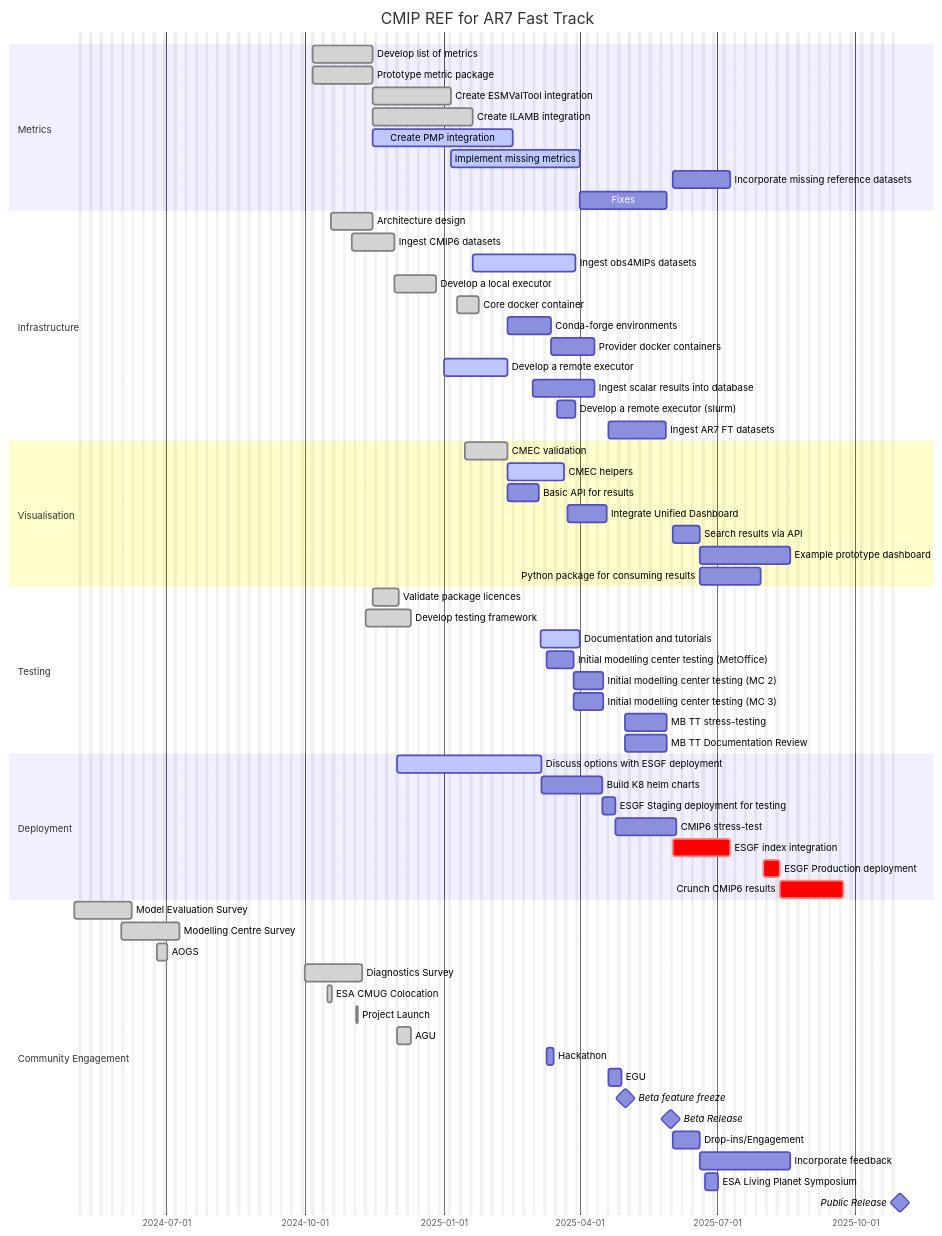
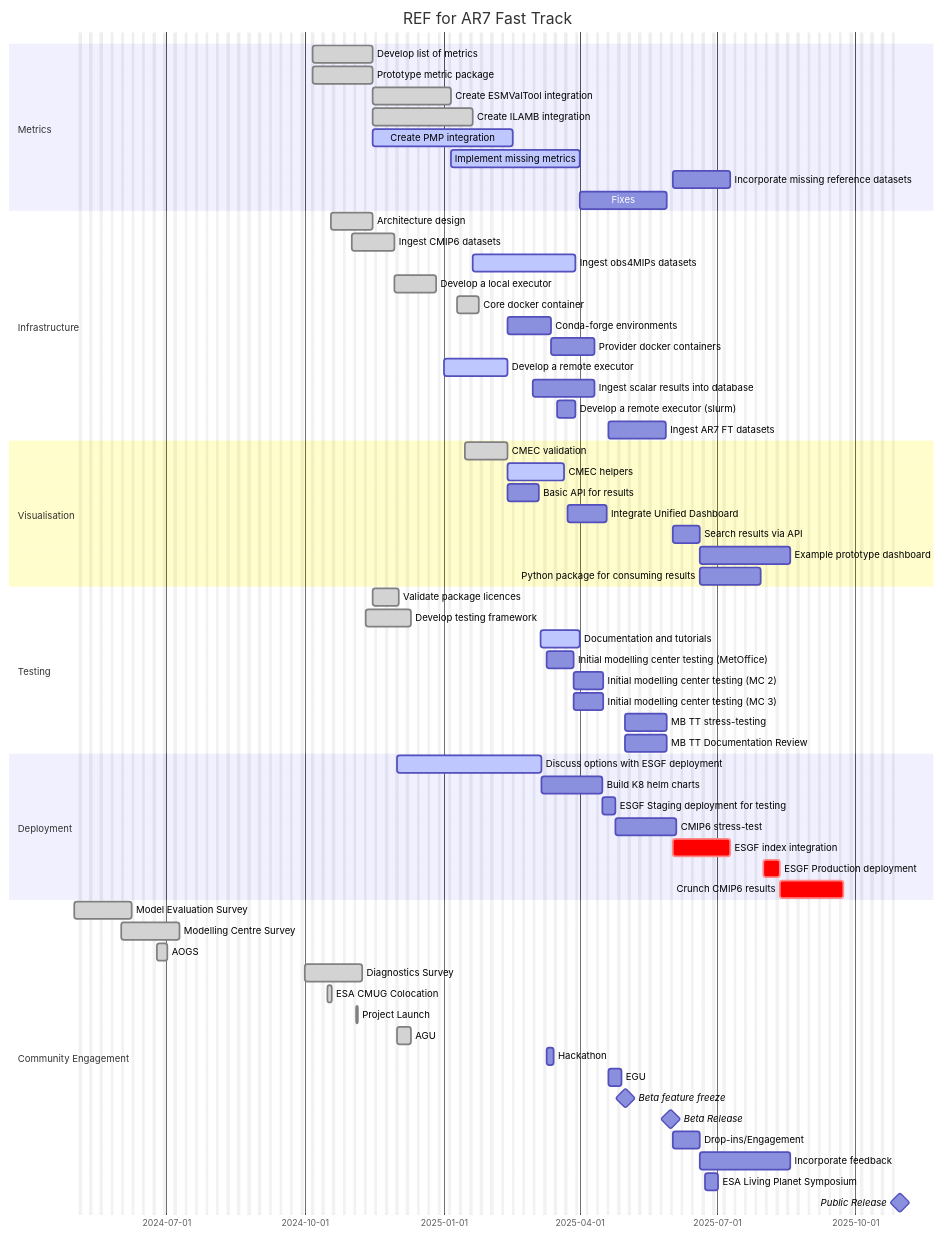
Before and after one commit to skoriche/Climate-REF4CMIP: the diagram in docs/roadmap.md, drawn with Mermaid. The commit also changed 3 other files, not shown here.

Commit message:
chore: Fix instances of CMIP ref

````diff
--- a/docs/roadmap.md
+++ b/docs/roadmap.md
@@ -23,82 +23,82 @@
 ```mermaid
 gantt
     dateFormat  YYYY-MM-DD
-    title       CMIP REF for AR7 Fast Track
+    title       REF for AR7 Fast Track
     excludes    weekends
 
     section Metrics
 
     Develop list of metrics                       :done, metrics, 2024-10-06, 30d
     Prototype metric package                      :done, metricsPrototype, 2024-10-06, 30d
 
     Create ESMValTool integration                 :done, esmvaltool, after metricsPrototype, 2025-01-06
     Create ILAMB integration                      :done, ilamb, after metricsPrototype, 2025-01-20
     Create PMP integration                        :active, pmp, after metricsPrototype, 2025-02-16
 
     Implement missing metrics                     :active, missing, after esmvaltool, 2025-04-01
     Incorporate missing reference datasets        :after beta, 4w
     Fixes                                         :after missing, 6w
 
     section Infrastructure
 
     Architecture design                           :done, 2024-10-18, 20d
 
     Ingest CMIP6 datasets                         :done, cmip6, 2024-11-01, 20d
     Ingest obs4MIPs datasets                      :active, 2025-01-20, 50d
     Develop a local executor                      :done, local, after cmip6, 20d
     Core docker container                         :done, dockerise, 2025-01-10, 10d
     Conda-forge environments                      :conda, after celery, 3w
     Provider docker containers                    :after conda, 3w
     Develop a remote executor                     :active, celery, 2025-01-01, 30d
     Ingest scalar results into database           :results, 2025-03-01, 30d
     Develop a remote executor (slurm)             :slurm, after hackathon, 10d
     Ingest AR7 FT datasets                        :2025-04-20, 4w
 
     section Visualisation
 
     CMEC validation                               :done, cmec, 2025-01-15, 20d
     CMEC helpers                                  :active, cmecHelpers, after cmec, 4w
     Basic API for results                         :after celery, 15d
     Integrate Unified Dashboard                   :ud, after cmecHelpers, 20d
     Search results via API                        :api-result, after beta, 2w
     Example prototype dashboard                   :dashboad, after api-result, 6w
     Python package for consuming results          :after api-result, 4w
 
 
     section Testing
     Validate package licences                     :done, 2024-11-15, 2024-12-02
     Develop testing framework                     :done, 2024-11-10, 2024-12-10
     Documentation and tutorials                   :active, 2025-03-06, 2025-04-01
     Initial modelling center testing (MetOffice)  :mc1, 2025-03-10, 14d
     Initial modelling center testing (MC 2)       :mc2, after mc1, 14d
     Initial modelling center testing (MC 3)       :mc3, after mc1, 14d
     MB TT stress-testing                          :2025-05-01, 20d
     MB TT Documentation Review                    :2025-05-01, 20d
 
     section Deployment
     Discuss options with ESGF deployment          :active, esgf, 2024-12-01, 70d
     Build K8 helm charts                          :helm, after esgf, 4w
     ESGF Staging deployment for testing                :staging, after helm, 1w
     CMIP6 stress-test                             :after staging, 4w
     ESGF index integration                        :crit, after beta, 4w
     ESGF Production deployment                         :crit, prod, 2025-08-01, 1w
     Crunch CMIP6 results                          :crit, after prod, 30d
 
     section Community Engagement
     Model Evaluation Survey                       :done, 2024-05-01, 4w
     Modelling Centre Survey                       :done, 2024-06-01, 4w
     AOGS                                          :done, 2024-06-25, 5d
     Diagnostics Survey                            :done, survey, 2024-10-01, 4w
     ESA CMUG Colocation                           :done, 2024-10-16, 3d
     Project Launch                                :done, 2024-11-04, 1d
     AGU                                           :done, 2024-12-01, 1w
     Hackathon                                     :hackathon, 2025-03-10, 5d
     EGU                                           :egu, 2025-04-20, 1w
     Beta feature freeze                           :milestone, beta, 2025-05-01, 1d
     Beta Release                                  :milestone, beta, 2025-05-30, 1d
     Drop-ins/Engagement                           :engagement, after beta, 2w
     Incorporate feedback                          :after engagement, 6w
     ESA Living Planet Symposium                   :lps, 2025-06-23, 1w
     Public Release                                :milestone, public, 2025-10-30, 1d
 
 ```
````
